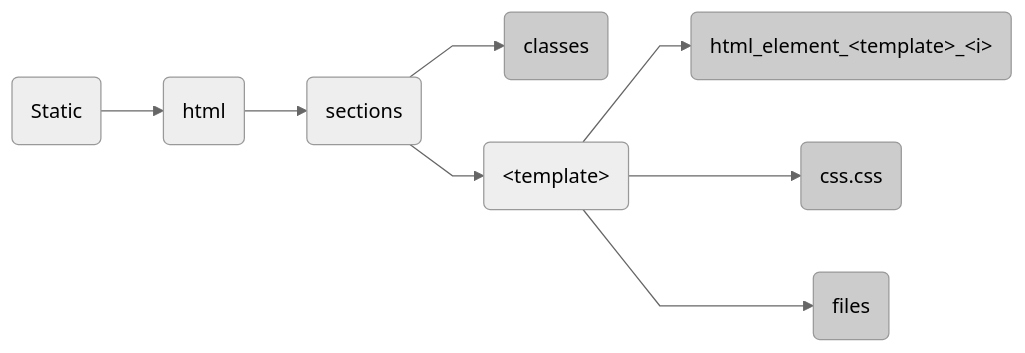
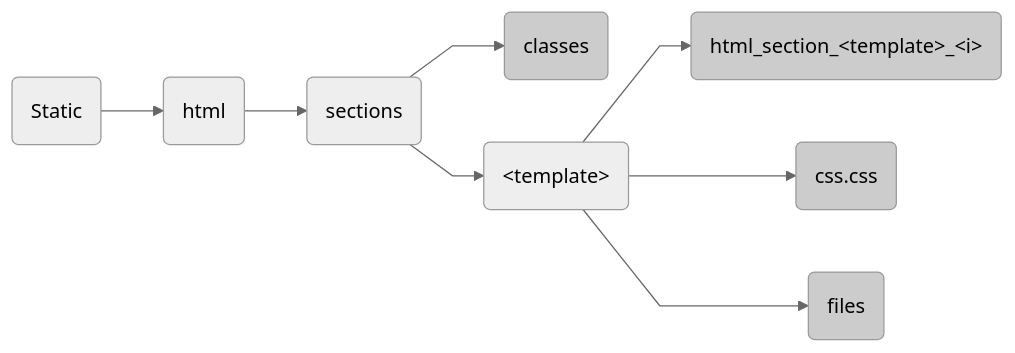
Before and after one commit to tomgxz/Kraken: diagram 28 of 29 in mermaid-diagrams.md, drawn with Mermaid. The commit also changed 1 other file, not shown here.

Commit message:
Element -> section

````diff
--- a/mermaid-diagrams.md
+++ b/mermaid-diagrams.md
@@ -485,16 +485,16 @@
   ```mermaid
   %%{init: {'theme':'dark', 'flowchart': {'curve': 'linear'},'themeVariables':{'fontFamily':'Lexend,Noto Sans,Helvetica,Arial'}}}%%
   %%{init: {'theme':'neutral', 'flowchart': {'curve': 'linear'},'themeVariables':{'fontFamily':'Lexend,Noto Sans,Helvetica,Arial'}}}%%
 
   graph LR
     F(Static)
     F -->  J(html)
 
     J --> q(sections) --> r("&lt;template&gt;")
-    r --> s("html_element_&lt;template&gt;_&lt;i&gt;"):::file
+    r --> s("html_section_&lt;template&gt;_&lt;i&gt;"):::file
     r --> 6(css.css):::file
     r --> 7(files):::file
     q --> 8(classes):::file
 
     classDef file fill:#ccc
 ```
````
